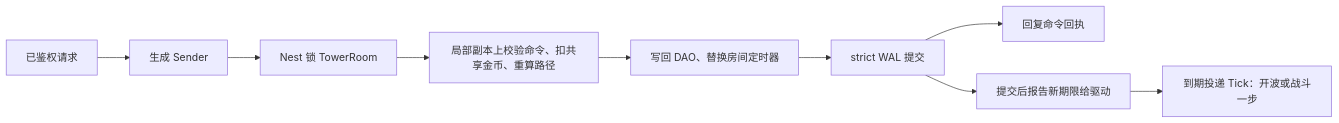
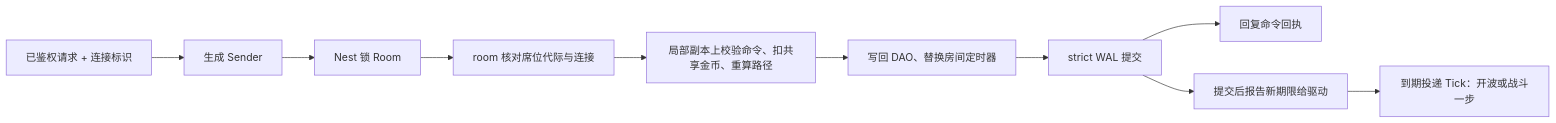
The first of 2 diagrams in docs/framework/TOWER-DEFENSE-INTEGRATION.md (tjbdwanghaibo/roost-core), drawn with Mermaid before and after one commit. The commit also changed other lines of this file and 22 other files, not shown here.

````diff
--- a/docs/framework/TOWER-DEFENSE-INTEGRATION.md
+++ b/docs/framework/TOWER-DEFENSE-INTEGRATION.md
@@ -25,11 +28,12 @@
 ```mermaid
 flowchart LR
-    A[已鉴权请求] --> B[生成 Sender]
-    B --> C[Nest 锁 TowerRoom]
-    C --> D[局部副本上校验命令、扣共享金币、重算路径]
+    A[已鉴权请求 + 连接标识] --> B[生成 Sender]
+    B --> C[Nest 锁 Room]
+    C --> C2[room 核对席位代际与连接]
+    C2 --> D[局部副本上校验命令、扣共享金币、重算路径]
     D --> E[写回 DAO、替换房间定时器]
     E --> F[strict WAL 提交]
     F --> G[回复命令回执]
     F --> H[提交后报告新期限给驱动]
     H --> I[到期投递 Tick：开波或战斗一步]
 ```
````
